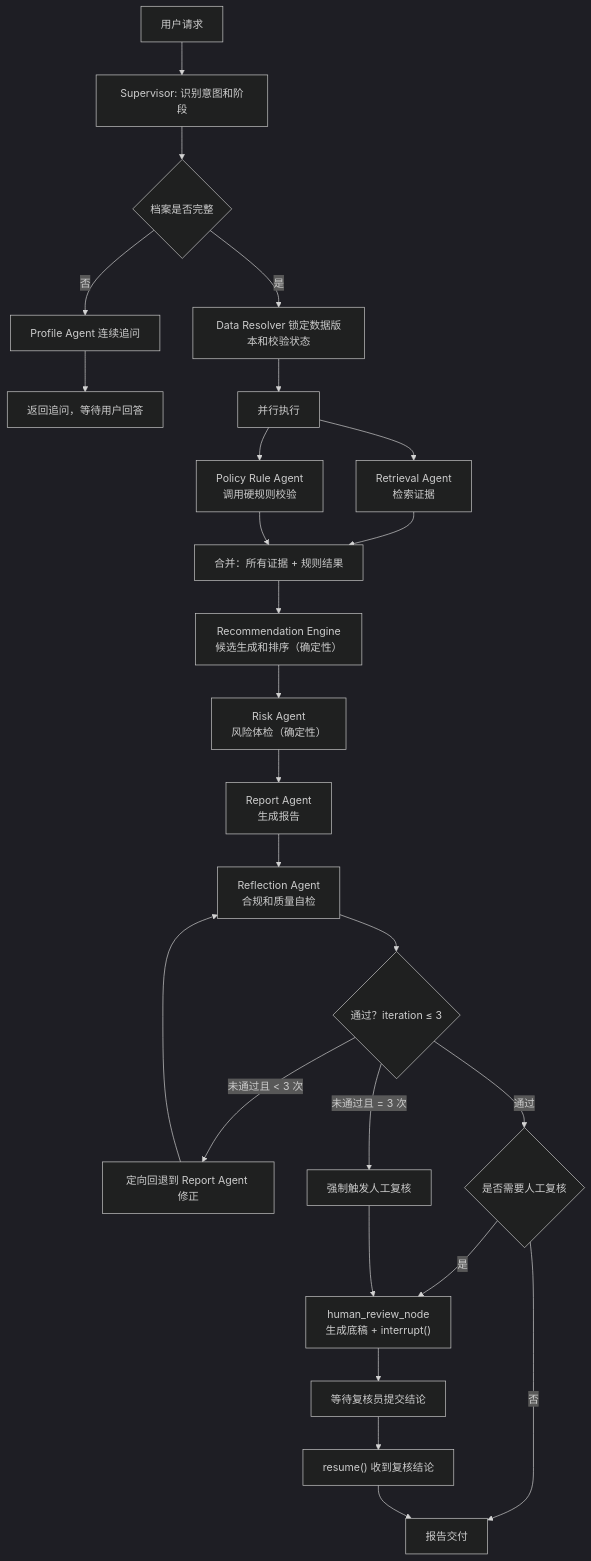
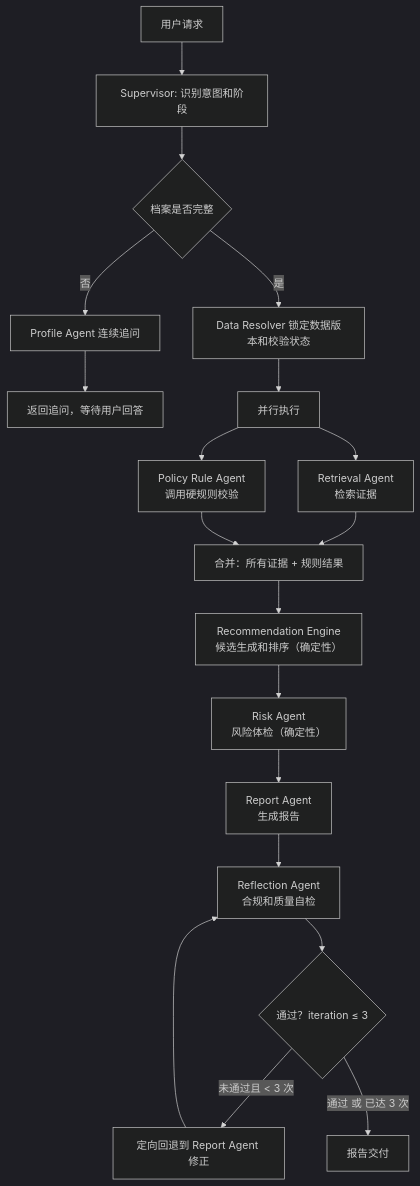
One commit to debugzhao/jin-guide changed the fourth of 4 diagrams in docs/backend-prd.md. Above: the diagram before and after it, drawn with Mermaid (dark theme). The commit also changed other lines of this file and 14 other files, not shown here.

````diff
--- a/docs/backend-prd.md
+++ b/docs/backend-prd.md
@@ -829,28 +945,21 @@
 ```mermaid
 flowchart TD
   START["用户请求"] --> SUPERVISOR["Supervisor: 识别意图和阶段"]
   SUPERVISOR --> PROFILE_CHECK{"档案是否完整"}
   PROFILE_CHECK -- "否" --> PROFILE_AGENT["Profile Agent 连续追问"]
   PROFILE_AGENT --> RETURN_Q["返回追问，等待用户回答"]
   PROFILE_CHECK -- "是" --> DATA_RESOLVER["Data Resolver 锁定数据版本和校验状态"]
   DATA_RESOLVER --> PARALLEL1["并行执行"]
   PARALLEL1 --> RETRIEVAL["Retrieval Agent<br/>检索证据"]
   PARALLEL1 --> RULE["Policy Rule Agent<br/>调用硬规则校验"]
   RETRIEVAL --> MERGE1["合并：所有证据 + 规则结果"]
   RULE --> MERGE1
   MERGE1 --> REC["Recommendation Engine<br/>候选生成和排序（确定性）"]
   REC --> RISK["Risk Agent<br/>风险体检（确定性）"]
   RISK --> REPORT["Report Agent<br/>生成报告"]
   REPORT --> REFLECT["Reflection Agent<br/>合规和质量自检"]
   REFLECT --> PASS{"通过？iteration ≤ 3"}
   PASS -- "未通过且 < 3 次" --> FIX["定向回退到 Report Agent 修正"]
   FIX --> REFLECT
-  PASS -- "未通过且 = 3 次" --> FORCE_REVIEW["强制触发人工复核"]
-  PASS -- "通过" --> NEED_HUMAN{"是否需要人工复核"}
-  NEED_HUMAN -- "是" --> HUMAN_NODE["human_review_node<br/>生成底稿 + interrupt()"]
-  NEED_HUMAN -- "否" --> DELIVER["报告交付"]
-  FORCE_REVIEW --> HUMAN_NODE
-  HUMAN_NODE --> WAIT["等待复核员提交结论"]
-  WAIT --> RESUME["resume() 收到复核结论"]
-  RESUME --> DELIVER
+  PASS -- "通过 或 已达 3 次" --> DELIVER["报告交付"]
 ```
````
